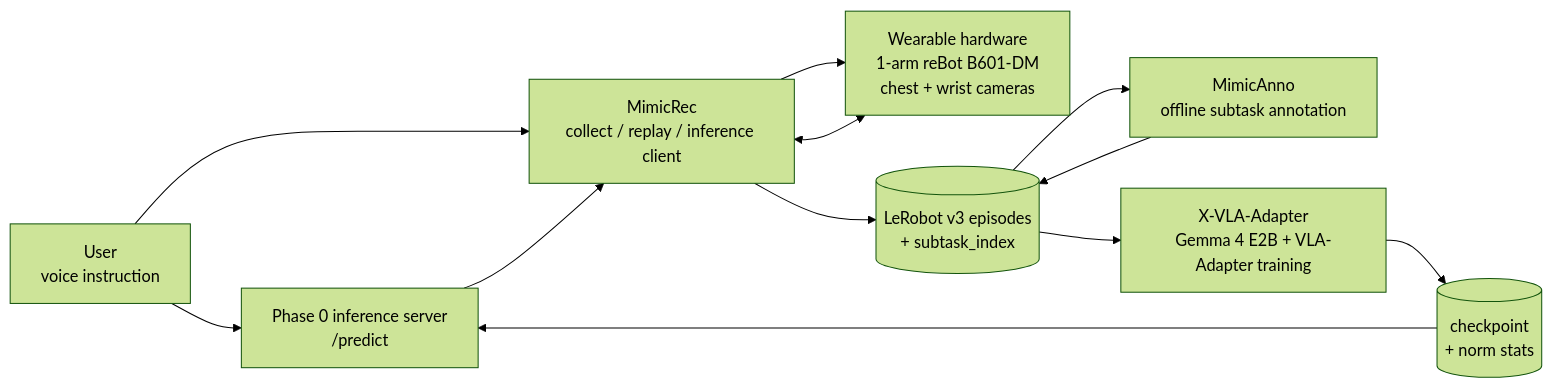
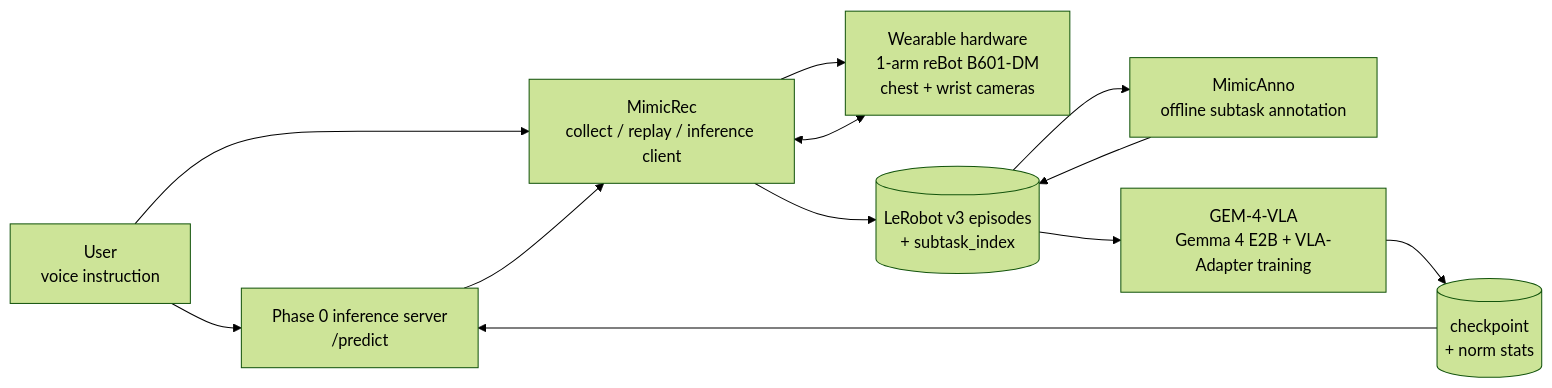
One commit to takaki-maeda-99/GEM-4 changed the diagram in README.ja.md. Above: the diagram before and after it, drawn with Mermaid (forest theme). The commit also changed other lines of this file and 6 other files, not shown here.

First line of the commit message:
chore: rename X-VLA-Adapter submodule to GEM-4-VLA, drop docs/ and MEMO.md

````diff
--- a/README.ja.md
+++ b/README.ja.md
@@ -70,23 +70,23 @@
 ```mermaid
 flowchart LR
     User["User<br/>voice instruction"]
     HW["Wearable hardware<br/>1-arm reBot B601-DM<br/>chest + wrist cameras"]
     Rec["MimicRec<br/>collect / replay / inference client"]
     Anno["MimicAnno<br/>offline subtask annotation"]
-    Train["X-VLA-Adapter<br/>Gemma 4 E2B + VLA-Adapter training"]
+    Train["GEM-4-VLA<br/>Gemma 4 E2B + VLA-Adapter training"]
     Infer["Phase 0 inference server<br/>/predict"]
     Data[("LeRobot v3 episodes<br/>+ subtask_index")]
     Ckpt[("checkpoint<br/>+ norm stats")]
 
     User --> Infer
     User --> Rec
     HW <--> Rec
     Rec --> Data
     Data --> Anno
     Anno --> Data
     Data --> Train
     Train --> Ckpt
     Ckpt --> Infer
     Infer --> Rec
     Rec --> HW
 ```
````
